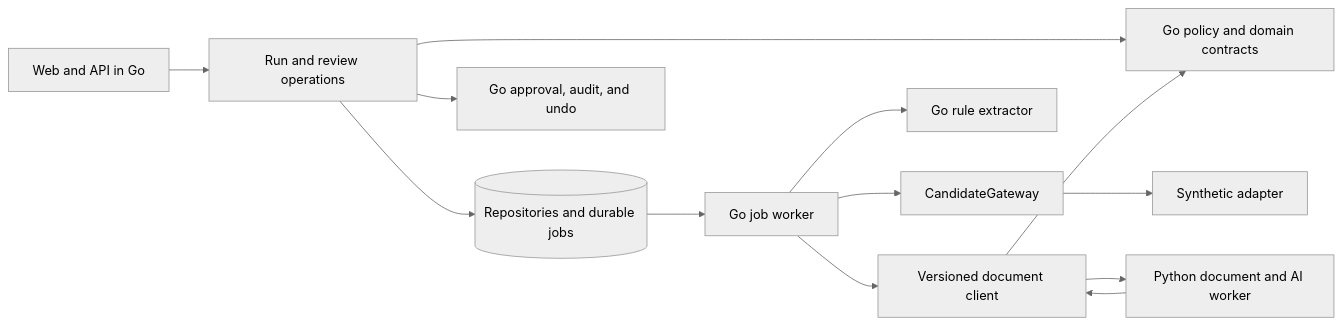
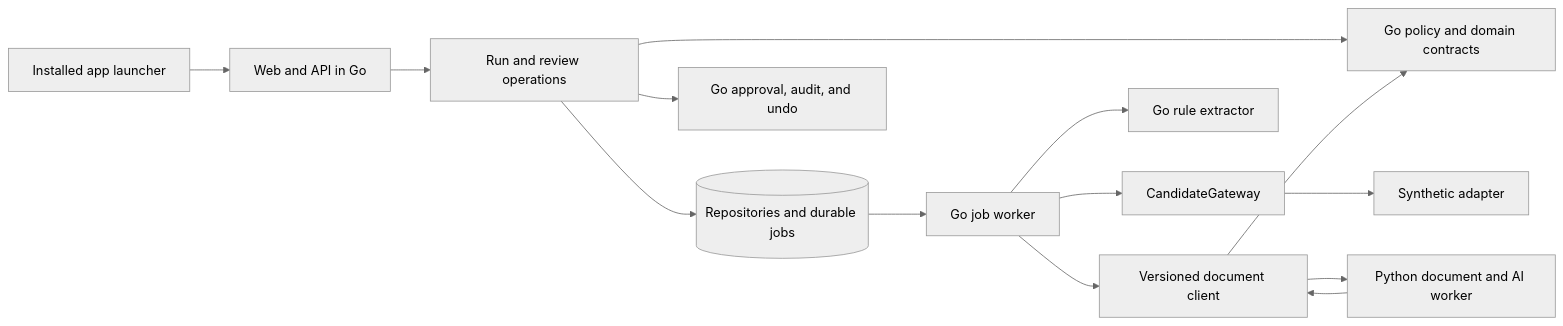
The diagram in docs/architecture.md (khoryik96-creator/Garbage), drawn with Mermaid (neutral theme) before and after one commit. The commit also changed other lines of this file and 2 other files, not shown here.

````diff
--- a/docs/architecture.md
+++ b/docs/architecture.md
@@ -3,15 +3,16 @@
 ```mermaid
 flowchart LR
+  L[Installed app launcher] --> UI
   UI[Web and API in Go] --> R[Run and review operations]
   R --> P[Go policy and domain contracts]
   R --> DB[(Repositories and durable jobs)]
   DB --> W[Go job worker]
   W --> G[CandidateGateway]
   G --> D[Synthetic adapter]
   W --> E[Go rule extractor]
   W --> C[Versioned document client]
   C --> PY[Python document and AI worker]
   PY --> C
   C --> P
   R --> A[Go approval, audit, and undo]
 ```
````
